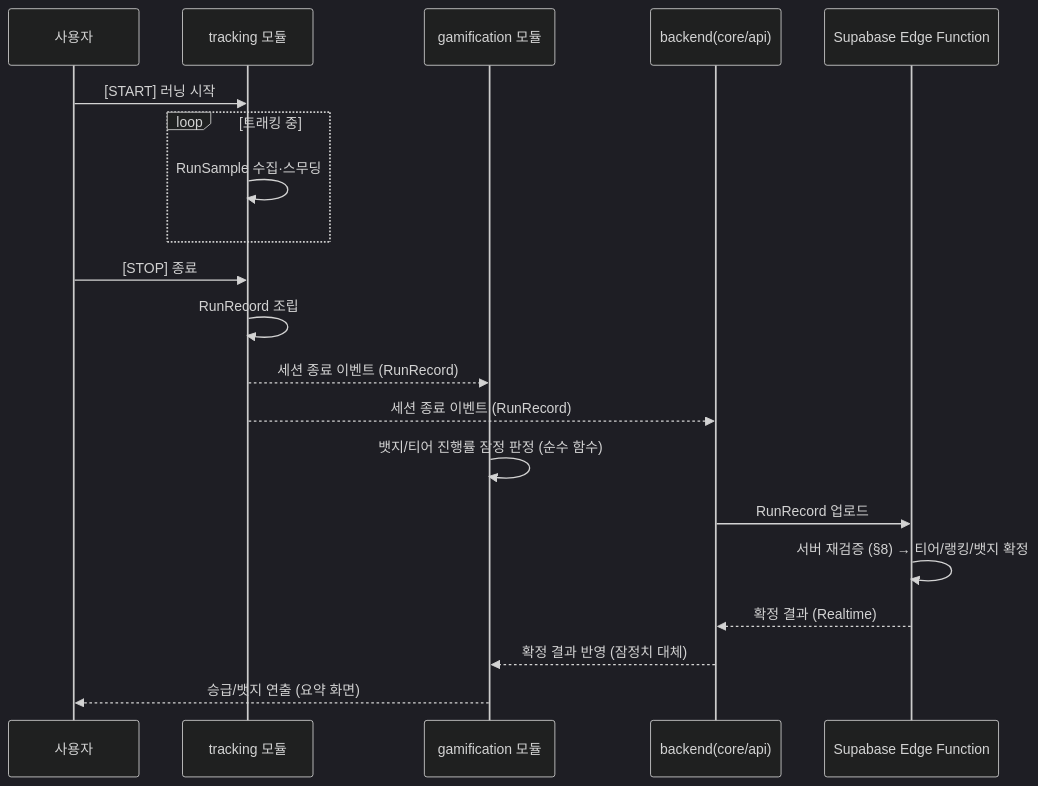
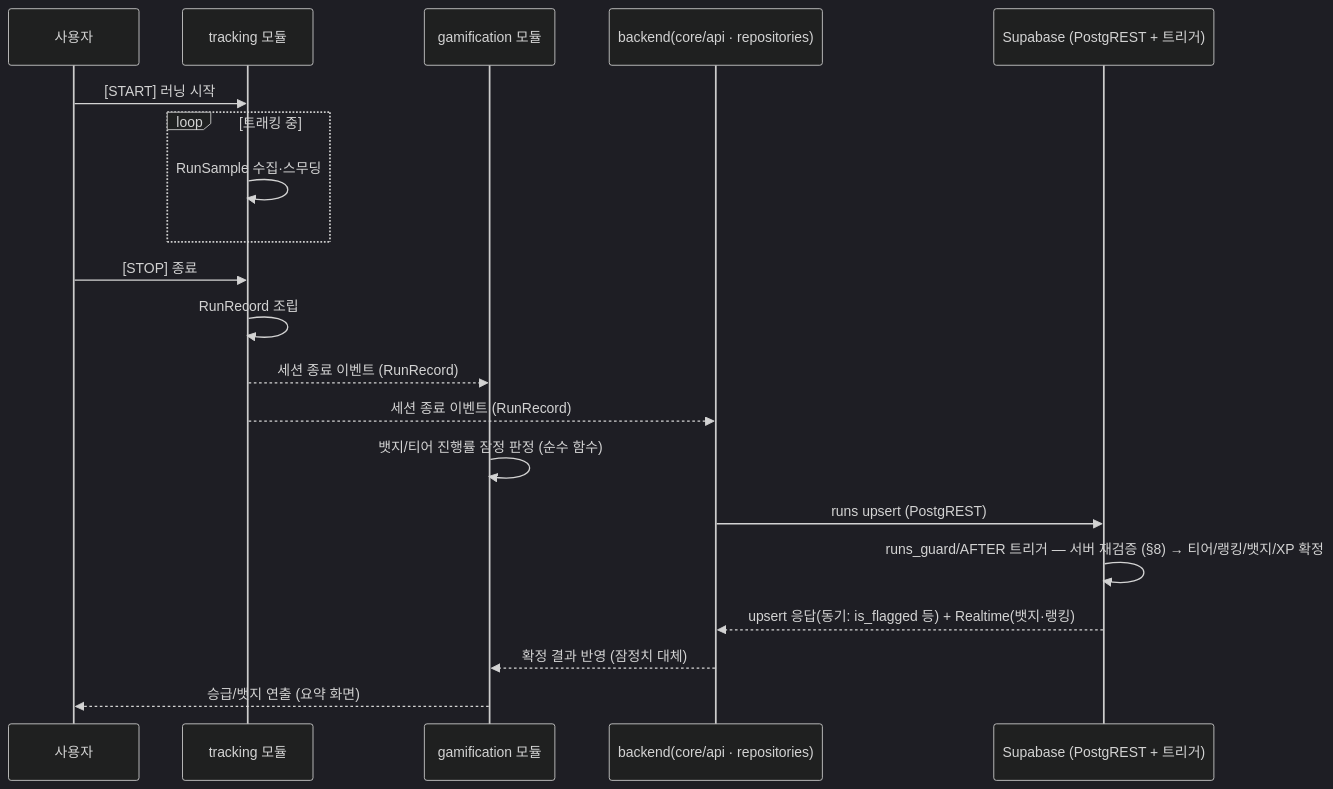
The second of 7 diagrams in docs/ARCHITECTURE.md (j-hyunn/Runnit), drawn with Mermaid (dark theme) before and after one commit. The commit also changed other lines of this file and 1 other file, not shown here.

First line of the commit message:
docs: ARCHITECTURE v0.3 / TRD v0.10 — 구현 반영 살아있는 문서로 갱신

````diff
--- a/docs/ARCHITECTURE.md
+++ b/docs/ARCHITECTURE.md
@@ -153,23 +162,23 @@
 ```mermaid
 sequenceDiagram
     participant User as 사용자
     participant Tracking as tracking 모듈
     participant Game as gamification 모듈
-    participant Backend as backend(core/api)
-    participant Supabase as Supabase Edge Function
+    participant Backend as backend(core/api · repositories)
+    participant Supabase as Supabase (PostgREST + 트리거)
 
     User->>Tracking: [START] 러닝 시작
     loop 트래킹 중
         Tracking->>Tracking: RunSample 수집·스무딩
     end
     User->>Tracking: [STOP] 종료
     Tracking->>Tracking: RunRecord 조립
     Tracking-->>Game: 세션 종료 이벤트 (RunRecord)
     Tracking-->>Backend: 세션 종료 이벤트 (RunRecord)
     Game->>Game: 뱃지/티어 진행률 잠정 판정 (순수 함수)
-    Backend->>Supabase: RunRecord 업로드
-    Supabase->>Supabase: 서버 재검증 (§8) → 티어/랭킹/뱃지 확정
-    Supabase-->>Backend: 확정 결과 (Realtime)
+    Backend->>Supabase: runs upsert (PostgREST)
+    Supabase->>Supabase: runs_guard/AFTER 트리거 — 서버 재검증 (§8) → 티어/랭킹/뱃지/XP 확정
+    Supabase-->>Backend: upsert 응답(동기: is_flagged 등) + Realtime(뱃지·랭킹)
     Backend-->>Game: 확정 결과 반영 (잠정치 대체)
     Game-->>User: 승급/뱃지 연출 (요약 화면)
 ```
````
